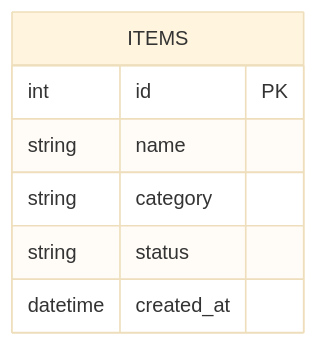
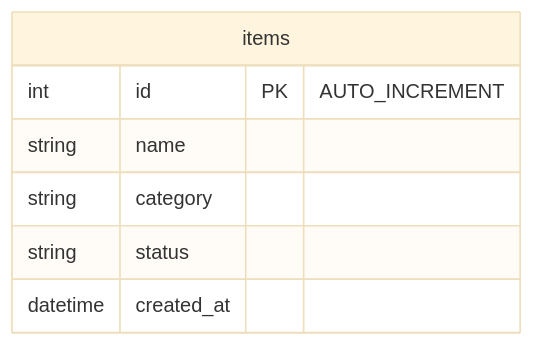
Before and after one commit to chandan91077/flask_crud_app: the diagram in README.md, drawn with Mermaid (base theme). The commit also changed other lines of this file and 11 other files, not shown here.

````diff
--- a/README.md
+++ b/README.md
@@ -46,10 +55,10 @@
 ```mermaid
 erDiagram
-    ITEMS {
-        int id PK
+    items {
+        int id PK "AUTO_INCREMENT"
         string name
         string category
         string status
         datetime created_at
     }
 ```
````
